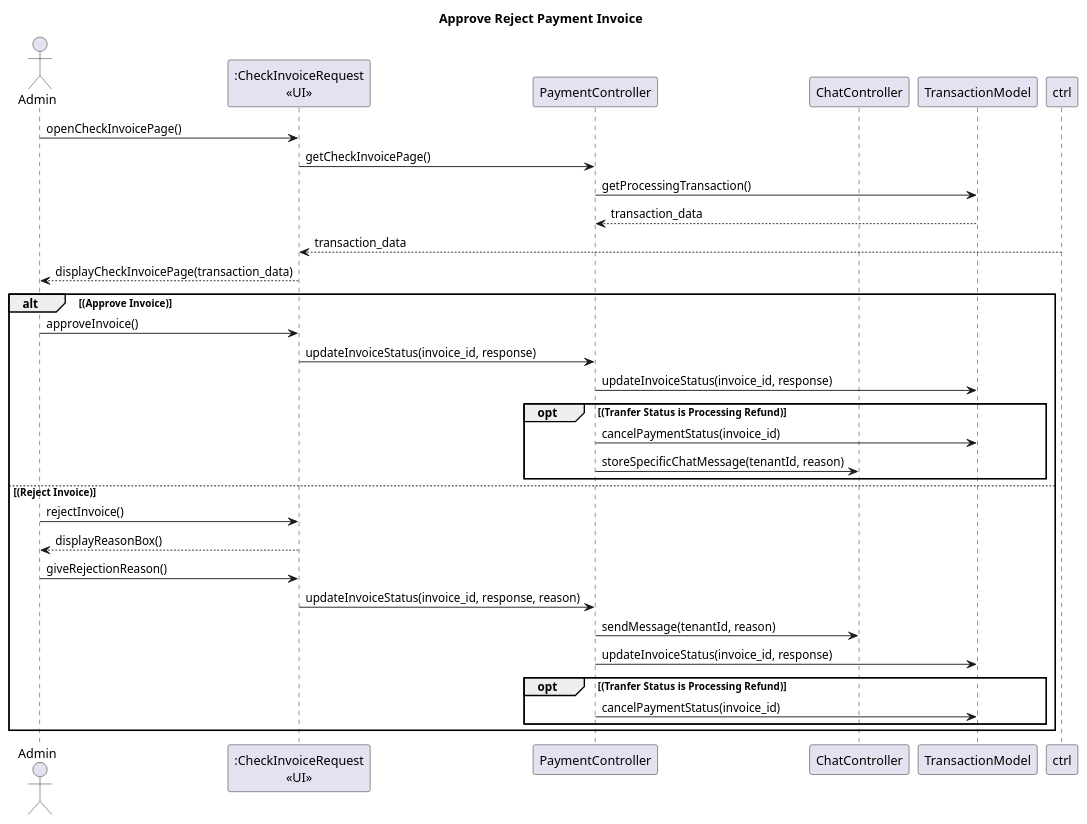
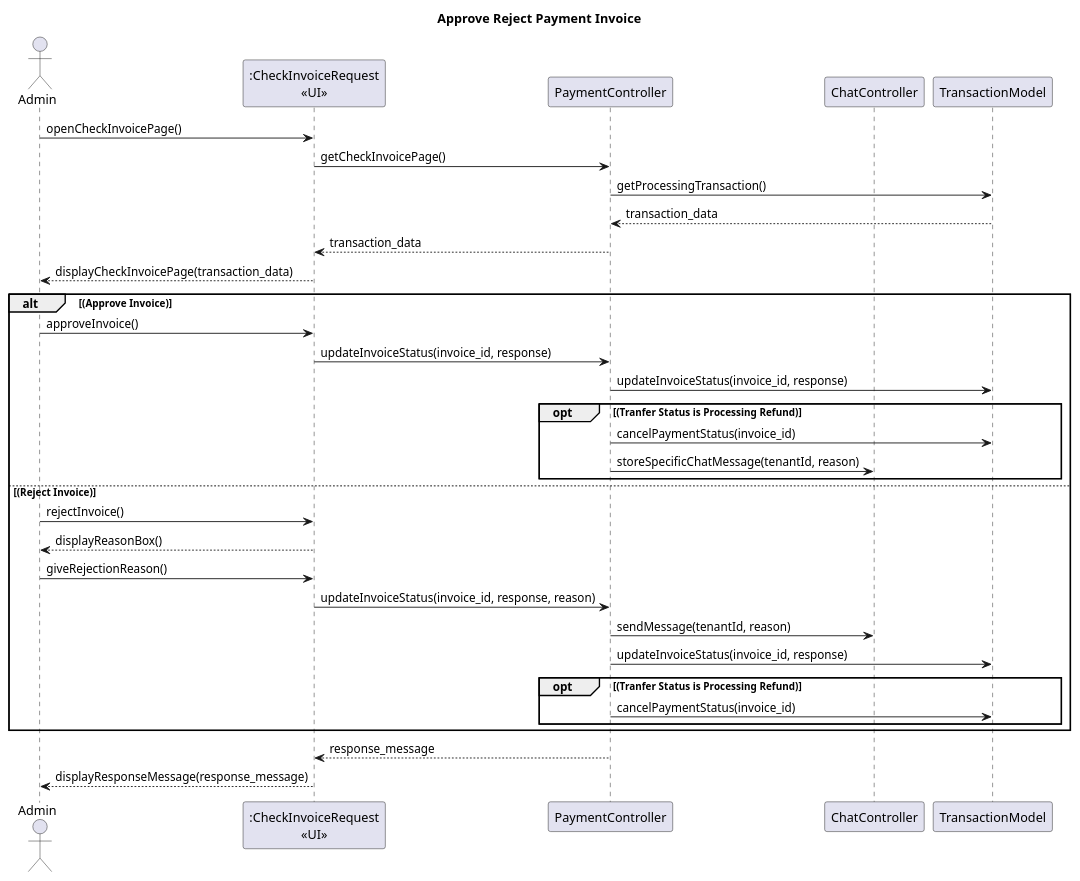
The diagram in Design/BHFMS_SEQUENCE/Admin/Payment/Approve Reject Payment Invoice.puml (AntWort21/BHFMS), drawn with PlantUML before and after one commit. The commit also changed 39 other files, not shown here.

```diff
--- a/Design/BHFMS_SEQUENCE/Admin/Payment/Approve Reject Payment Invoice.puml
+++ b/Design/BHFMS_SEQUENCE/Admin/Payment/Approve Reject Payment Invoice.puml
@@ -1,37 +1,39 @@
 @startuml
 title Approve Reject Payment Invoice
 actor "Admin" as act
 participant ":CheckInvoiceRequest\n<<UI>>" as view
 participant PaymentController as pctrl
 participant ChatController as cctrl
 participant TransactionModel as tm
 
 act -> view : openCheckInvoicePage()
 view -> pctrl : getCheckInvoicePage()
 pctrl -> tm : getProcessingTransaction()
 pctrl <-- tm : transaction_data
-view <-- ctrl : transaction_data
+view <-- pctrl : transaction_data
 act <-- view : displayCheckInvoicePage(transaction_data) 
 alt (Approve Invoice)
     act -> view : approveInvoice()
     view -> pctrl : updateInvoiceStatus(invoice_id, response)
     pctrl -> tm : updateInvoiceStatus(invoice_id, response)
 
     opt (Tranfer Status is Processing Refund)
         pctrl -> tm : cancelPaymentStatus(invoice_id)
         pctrl -> cctrl : storeSpecificChatMessage(tenantId, reason)
     end
 else (Reject Invoice)
     act -> view : rejectInvoice()
     act <-- view : displayReasonBox()
     act -> view : giveRejectionReason()
     
     view -> pctrl : updateInvoiceStatus(invoice_id, response, reason)
     pctrl -> cctrl : sendMessage(tenantId, reason)
     pctrl -> tm : updateInvoiceStatus(invoice_id, response)
 
     opt (Tranfer Status is Processing Refund)
         pctrl -> tm : cancelPaymentStatus(invoice_id)
     end
 end
+view <-- pctrl : response_message
+act <-- view : displayResponseMessage(response_message)
 @enduml
```
